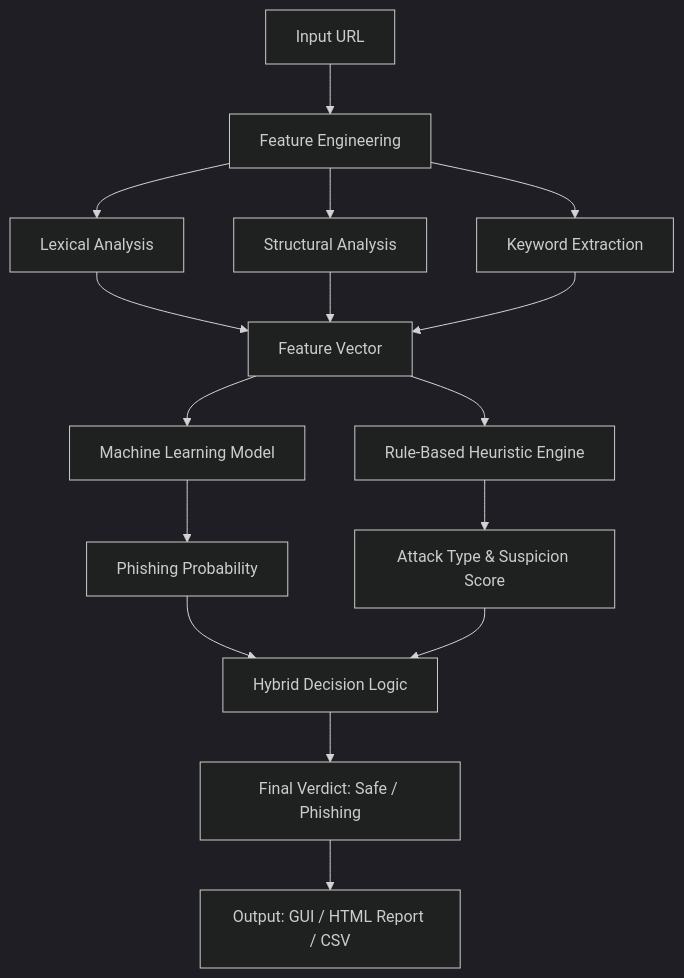
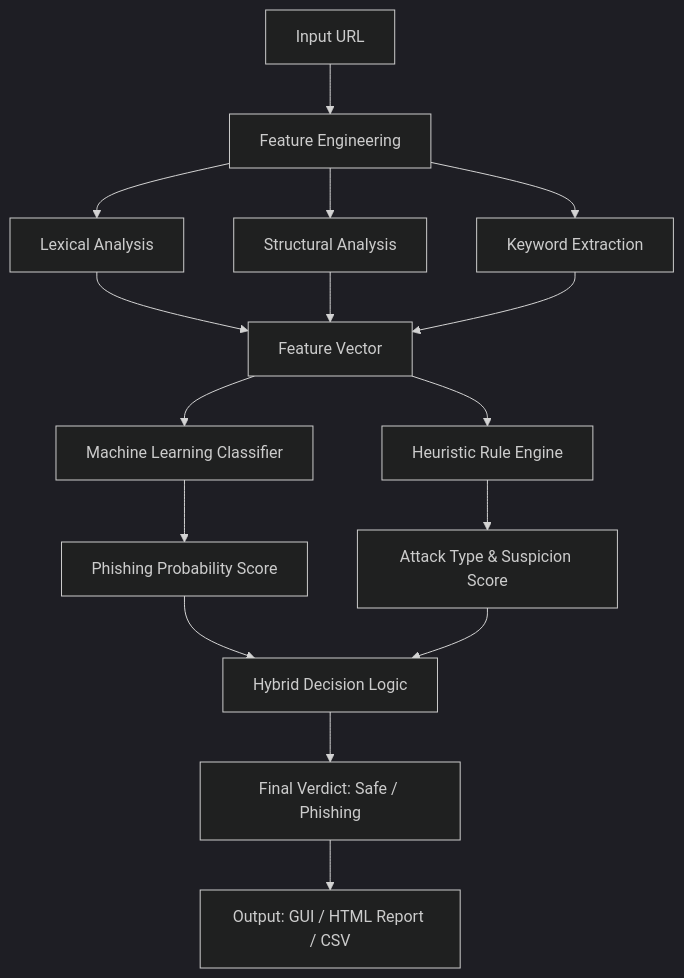
The diagram in README.md (SalmaTech-03/phishing_detection), drawn with Mermaid (dark theme) before and after one commit. The commit also changed other lines of this file, not shown here.

````diff
--- a/README.md
+++ b/README.md
@@ -16,15 +16,15 @@
 ```mermaid
 graph TD
     A[Input URL] --> B[Feature Engineering]
     B --> C[Lexical Analysis]
     B --> D[Structural Analysis]
     B --> E[Keyword Extraction]
     C & D & E --> F[Feature Vector]
-    F --> G[Machine Learning Model]
-    F --> H[Rule-Based Heuristic Engine]
-    G --> I[Phishing Probability]
+    F --> G[Machine Learning Classifier]
+    F --> H[Heuristic Rule Engine]
+    G --> I[Phishing Probability Score]
     H --> J[Attack Type & Suspicion Score]
     I & J --> K[Hybrid Decision Logic]
     K --> L[Final Verdict: Safe / Phishing]
     L --> M[Output: GUI / HTML Report / CSV]
 ```
````
